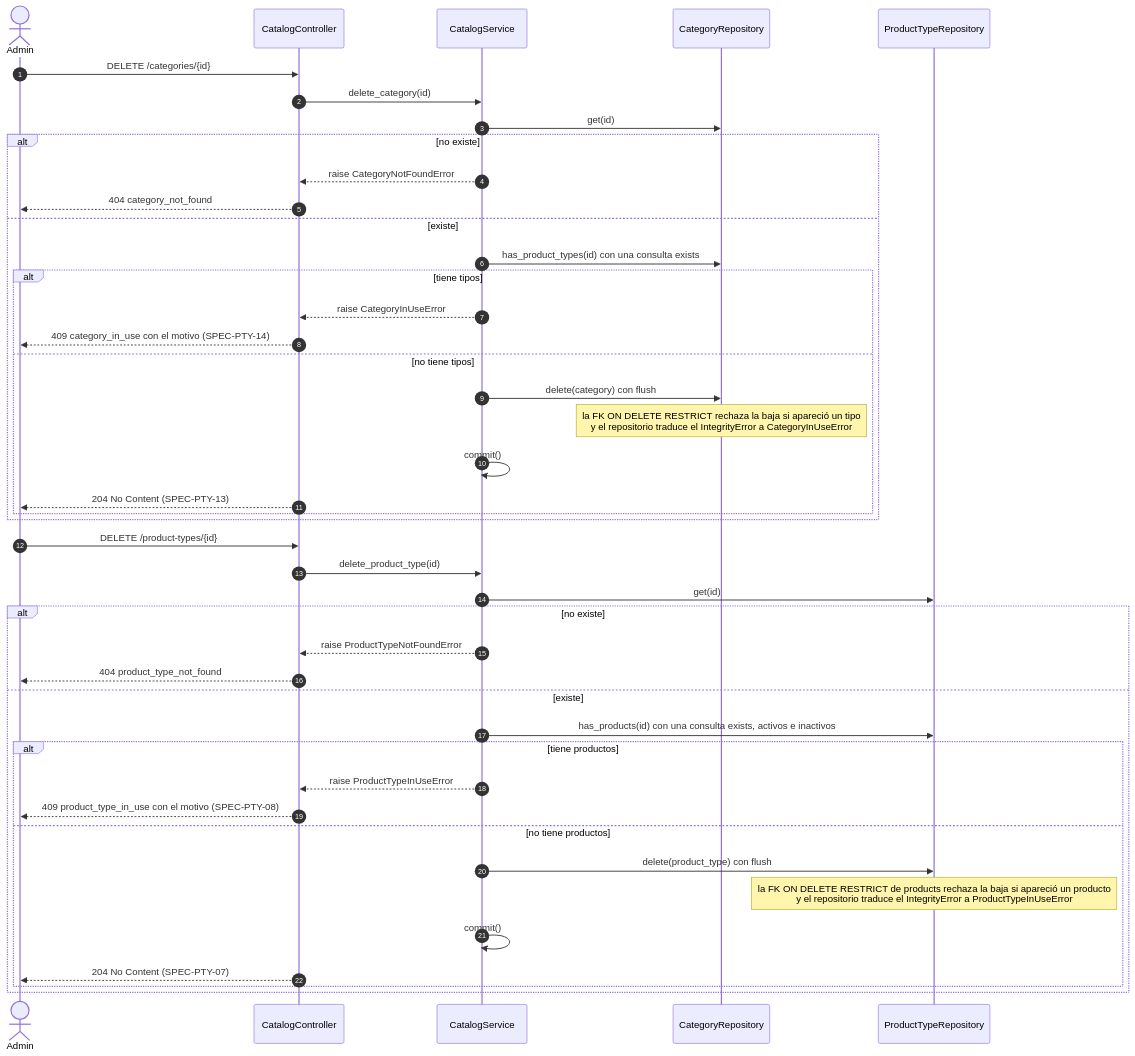
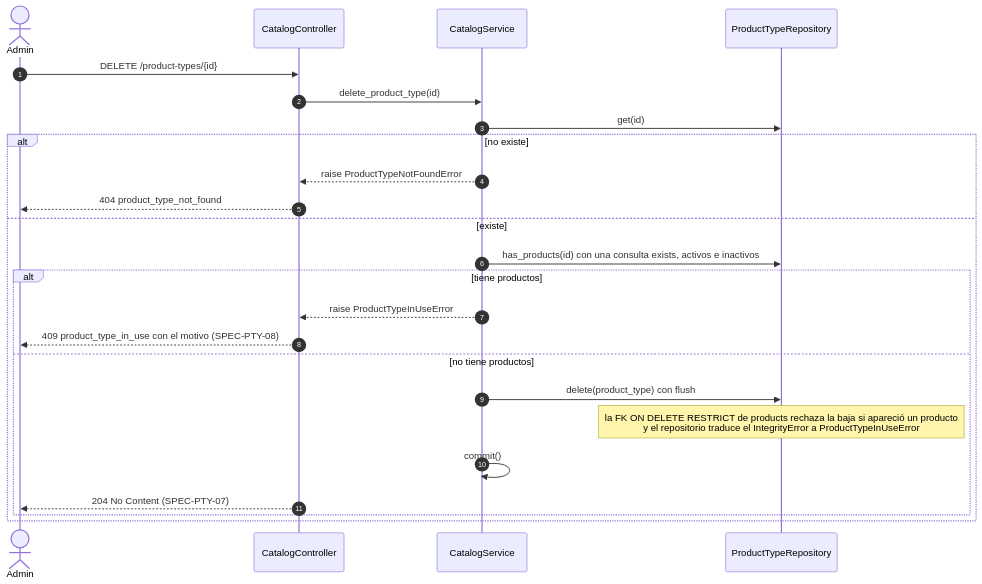
Before and after one commit to Diazfe-dev/AyED-III-python-ticket-service: the second of 3 diagrams in diagrams/sequences/02-product-types.md, drawn with Mermaid. The commit also changed other lines of this file and 2 other files, not shown here.

Commit message:
docs(diagrams): product types without categories (T-PTY-53)

````diff
--- a/diagrams/sequences/02-product-types.md
+++ b/diagrams/sequences/02-product-types.md
@@ -90,47 +49,27 @@
 ```mermaid
 sequenceDiagram
     autonumber
     actor Admin
     participant PC as CatalogController
     participant CS as CatalogService
-    participant CR as CategoryRepository
     participant TR as ProductTypeRepository
-
-    Admin->>PC: DELETE /categories/{id}
-    PC->>CS: delete_category(id)
-    CS->>CR: get(id)
-    alt no existe
-        CS-->>PC: raise CategoryNotFoundError
-        PC-->>Admin: 404 category_not_found
-    else existe
-        CS->>CR: has_product_types(id) con una consulta exists
-        alt tiene tipos
-            CS-->>PC: raise CategoryInUseError
-            PC-->>Admin: 409 category_in_use con el motivo (SPEC-PTY-14)
-        else no tiene tipos
-            CS->>CR: delete(category) con flush
-            Note over CR: la FK ON DELETE RESTRICT rechaza la baja si apareció un tipo<br/>y el repositorio traduce el IntegrityError a CategoryInUseError
-            CS->>CS: commit()
-            PC-->>Admin: 204 No Content (SPEC-PTY-13)
-        end
-    end
 
     Admin->>PC: DELETE /product-types/{id}
     PC->>CS: delete_product_type(id)
     CS->>TR: get(id)
     alt no existe
         CS-->>PC: raise ProductTypeNotFoundError
         PC-->>Admin: 404 product_type_not_found
     else existe
         CS->>TR: has_products(id) con una consulta exists, activos e inactivos
         alt tiene productos
             CS-->>PC: raise ProductTypeInUseError
             PC-->>Admin: 409 product_type_in_use con el motivo (SPEC-PTY-08)
         else no tiene productos
             CS->>TR: delete(product_type) con flush
             Note over TR: la FK ON DELETE RESTRICT de products rechaza la baja si apareció un producto<br/>y el repositorio traduce el IntegrityError a ProductTypeInUseError
             CS->>CS: commit()
             PC-->>Admin: 204 No Content (SPEC-PTY-07)
         end
     end
 ```
````
